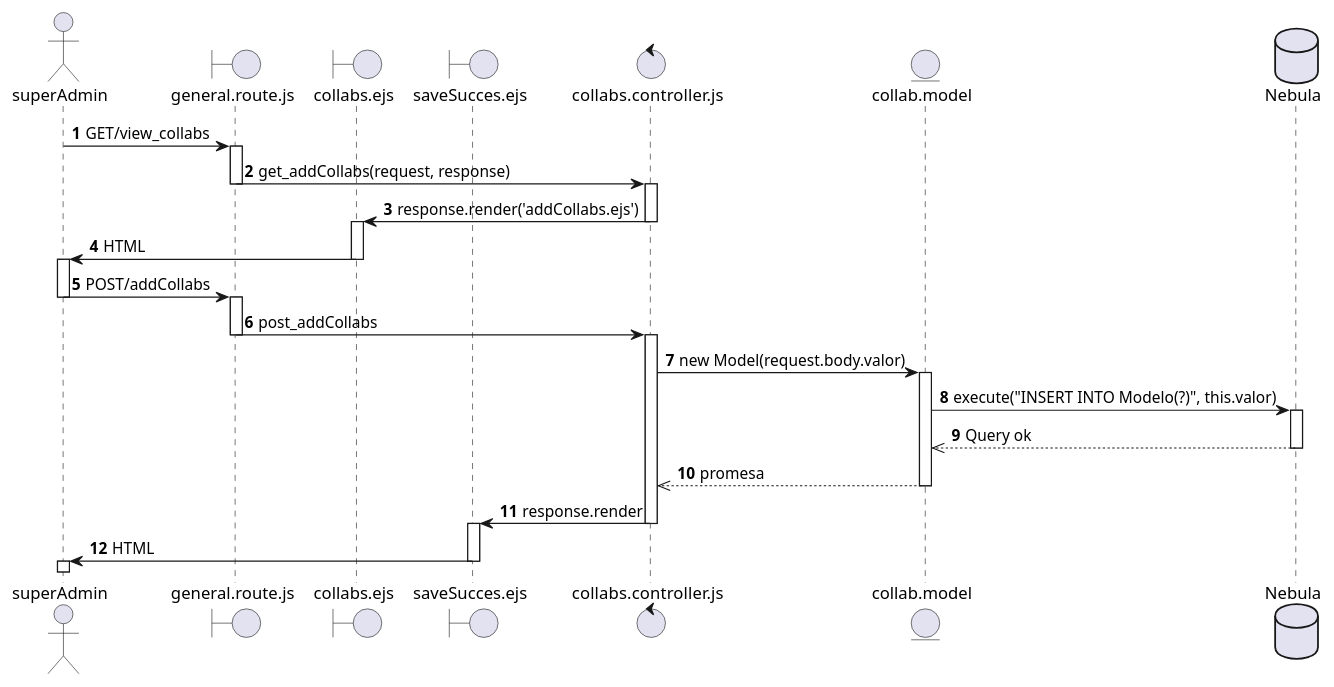
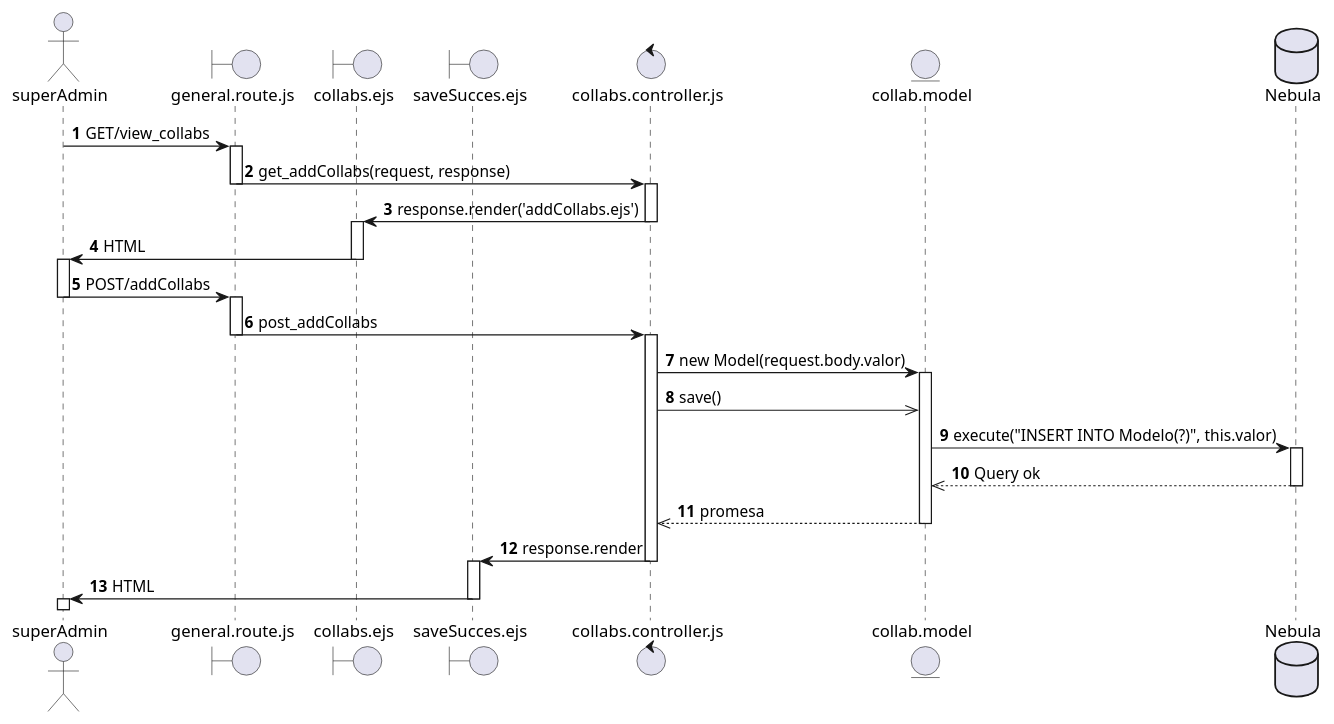
The diagram in diagramas_secuencia/superadmin_registers_collabs.puml (SALV19/Nebula_tc2005b), drawn with PlantUML before and after one commit.

Commit message:
[UPDATE] REQ-29 Sequence Diagram

```diff
--- a/diagramas_secuencia/superadmin_registers_collabs.puml
+++ b/diagramas_secuencia/superadmin_registers_collabs.puml
@@ -1,56 +1,58 @@
 @startuml REQ-29
 autonumber
 actor superAdmin
 boundary general.route.js as collabsRoute
 boundary collabs.ejs as CollabsView
 boundary saveSucces.ejs as saveSucces
 
 control collabs.controller.js as collabsController
 entity collab.model as collabModel
 database Nebula as nebula
 
 superAdmin -> collabsRoute : GET/view_collabs
 activate collabsRoute
 
 collabsRoute -> collabsController: get_addCollabs(request, response)
 deactivate collabsRoute
 activate collabsController
 
 collabsController -> CollabsView: response.render('addCollabs.ejs')
 deactivate collabsController
 activate CollabsView
 
 CollabsView -> superAdmin: HTML
 deactivate CollabsView
 activate superAdmin
 
 superAdmin -> collabsRoute: POST/addCollabs
 deactivate superAdmin
 activate collabsRoute
 
 collabsRoute -> collabsController: post_addCollabs
 deactivate collabsRoute
 activate collabsController
 
 collabsController -> collabModel: new Model(request.body.valor)
 activate collabModel
 
+collabsController ->> collabModel: save()
+
 collabModel -> nebula: execute("INSERT INTO Modelo(?)", this.valor)
 activate nebula
 
 nebula -->> collabModel: Query ok
 deactivate nebula
 
 collabModel -->> collabsController: promesa
 deactivate collabModel
 
 collabsController -> saveSucces: response.render
 deactivate collabsController
 activate saveSucces
 
 saveSucces -> superAdmin: HTML
 deactivate saveSucces
 activate superAdmin
 deactivate superAdmin
 
 @enduml
```
